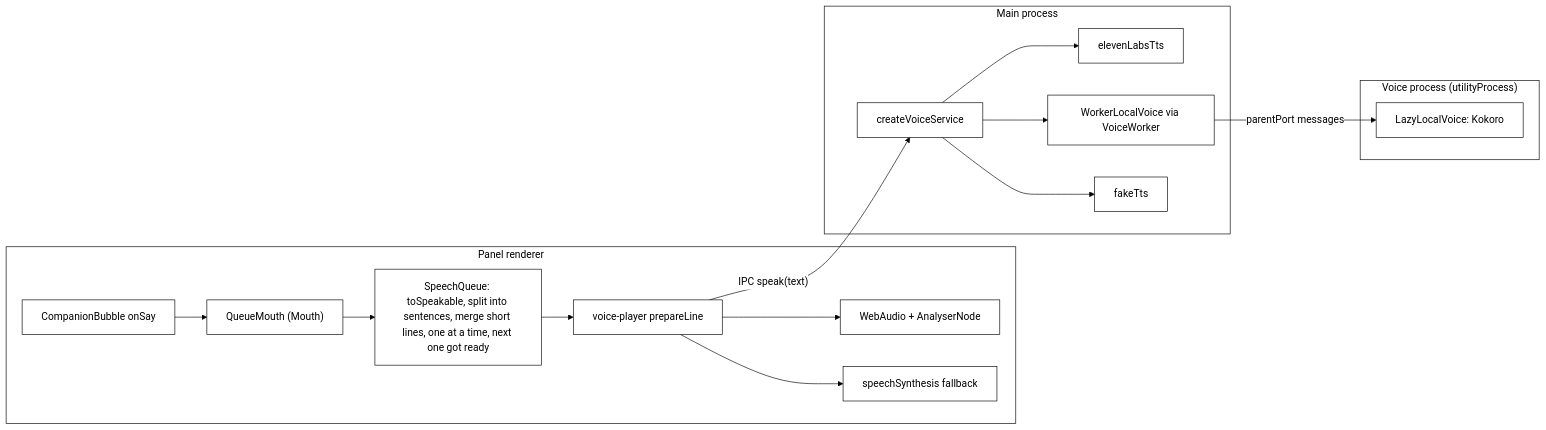
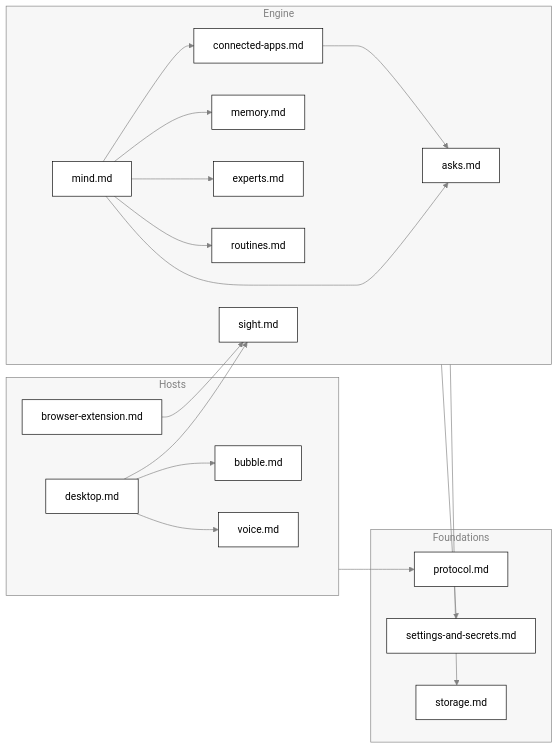
Before and after one commit to nadeem4/tagalong: the fourth of 4 diagrams in docs/architecture.md, drawn with Mermaid. The commit also changed other lines of this file and 19 other files, not shown here.

````diff
--- a/docs/architecture.md
+++ b/docs/architecture.md
@@ -2769,21 +319,37 @@
 ```mermaid
-%%{init: {"theme": "base", "themeVariables": {"primaryColor": "#ffffff", "primaryTextColor": "#000000", "primaryBorderColor": "#000000", "lineColor": "#000000", "secondaryColor": "#ffffff", "tertiaryColor": "#ffffff", "background": "#ffffff", "clusterBkg": "#ffffff", "clusterBorder": "#000000"}}}%%
+%%{init: {"theme": "base", "themeVariables": {"primaryColor": "#ffffff", "primaryTextColor": "#000000", "primaryBorderColor": "#000000", "lineColor": "#808080", "secondaryColor": "#f2f2f2", "tertiaryColor": "#ffffff", "clusterBkg": "#f7f7f7", "clusterBorder": "#808080", "edgeLabelBackground": "#ffffff", "titleColor": "#808080", "fontFamily": "Segoe UI, Helvetica, Arial, sans-serif"}}}%%
 flowchart LR
-  subgraph Panel["Panel renderer"]
-    CB["CompanionBubble onSay"] --> QM["QueueMouth (Mouth)"]
-    QM --> Q["SpeechQueue: toSpeakable, split into sentences, merge short lines, one at a time, next one got ready"]
-    Q --> PL["voice-player prepareLine"]
-    PL --> WA["WebAudio + AnalyserNode"]
-    PL --> SS["speechSynthesis fallback"]
+  subgraph Hosts
+    DK["desktop.md"]
+    BU["bubble.md"]
+    VO["voice.md"]
+    BX["browser-extension.md"]
   end
-  subgraph Main["Main process"]
-    VS["createVoiceService"] --> EL["elevenLabsTts"]
-    VS --> WL["WorkerLocalVoice via VoiceWorker"]
-    VS --> FK["fakeTts"]
+  subgraph Engine
+    SI["sight.md"]
+    MI["mind.md"]
+    ME["memory.md"]
+    EX["experts.md"]
+    AS["asks.md"]
+    RO["routines.md"]
+    CA["connected-apps.md"]
   end
-  subgraph VP["Voice process (utilityProcess)"]
-    KO["LazyLocalVoice: Kokoro"]
+  subgraph Foundations
+    PR["protocol.md"]
+    SS["settings-and-secrets.md"]
+    ST["storage.md"]
   end
-  WL -- "parentPort messages" --> KO
-  PL -- "IPC speak(text)" --> VS
+  DK --> BU
+  DK --> VO
+  DK --> SI
+  BX --> SI
+  MI --> ME
+  MI --> EX
+  MI --> AS
+  MI --> RO
+  MI --> CA
+  CA --> AS
+  Hosts --> PR
+  Engine --> ST
+  Engine --> SS
 ```
````
